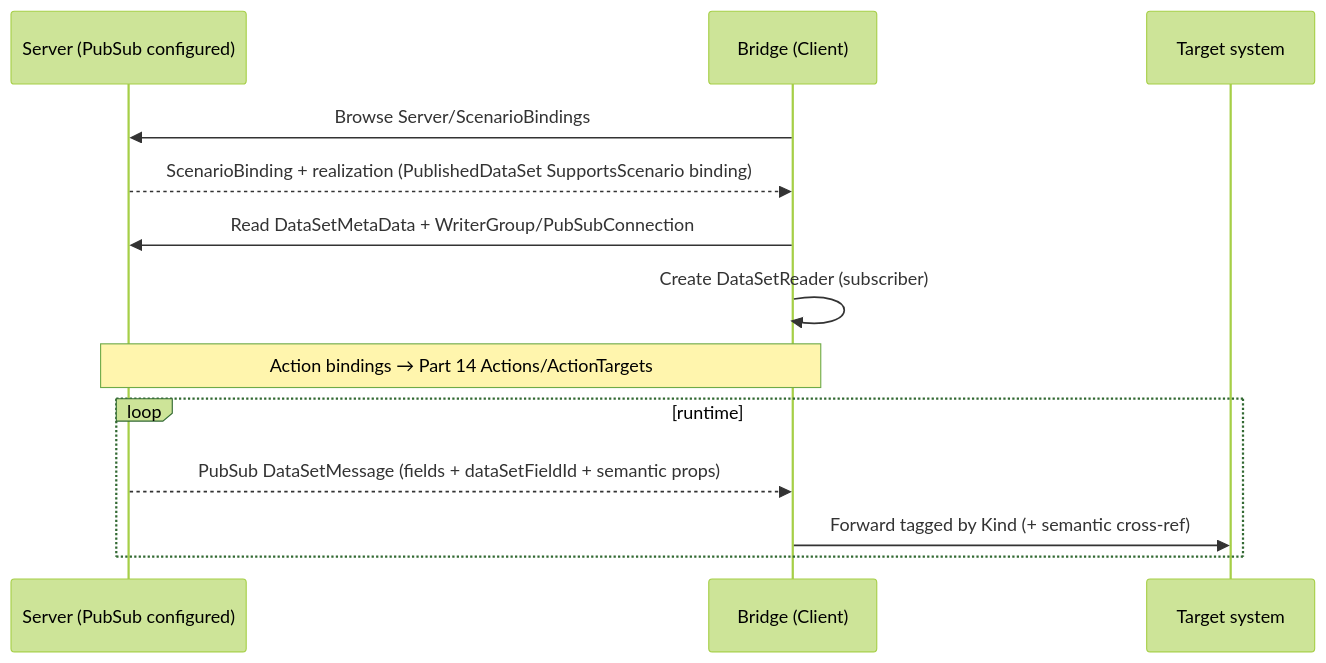
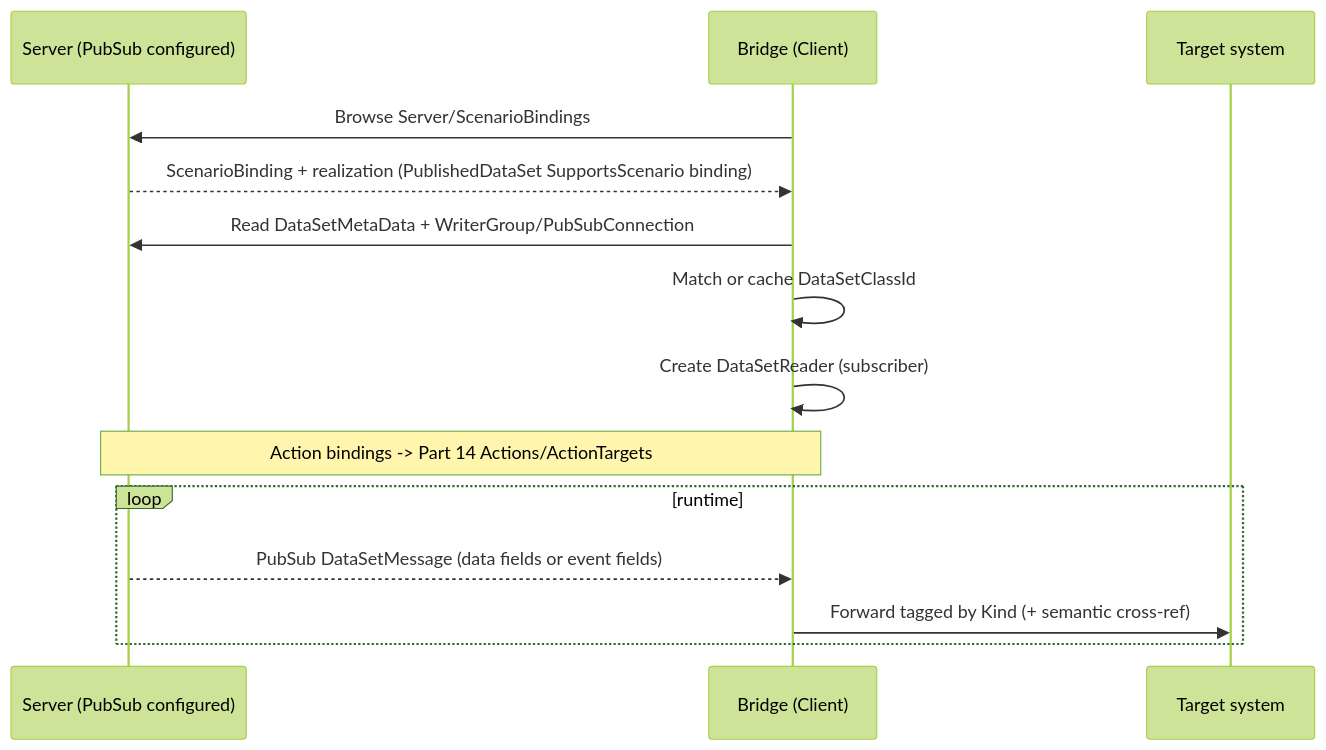
One commit to marcschier/opcua-drafts changed the third of 3 diagrams in core-specs/pubsub-binding/OPC-UA-PubSub-Scenario-Binding.md. Above: the diagram before and after it, drawn with Mermaid (forest theme). The commit also changed other lines of this file and 12 other files, not shown here.

````diff
--- a/core-specs/pubsub-binding/OPC-UA-PubSub-Scenario-Binding.md
+++ b/core-specs/pubsub-binding/OPC-UA-PubSub-Scenario-Binding.md
@@ -254,15 +318,16 @@
 ```mermaid
 sequenceDiagram
   participant S as Server (PubSub configured)
   participant B as Bridge (Client)
   participant X as Target system
   B->>S: Browse Server/ScenarioBindings
   S-->>B: ScenarioBinding + realization (PublishedDataSet SupportsScenario binding)
   B->>S: Read DataSetMetaData + WriterGroup/PubSubConnection
+  B->>B: Match or cache DataSetClassId
   B->>B: Create DataSetReader (subscriber)
-  Note over S,B: Action bindings → Part 14 Actions/ActionTargets
+  Note over S,B: Action bindings -> Part 14 Actions/ActionTargets
   loop runtime
-    S-->>B: PubSub DataSetMessage (fields + dataSetFieldId + semantic props)
+    S-->>B: PubSub DataSetMessage (data fields or event fields)
     B->>X: Forward tagged by Kind (+ semantic cross-ref)
   end
 ```
````
